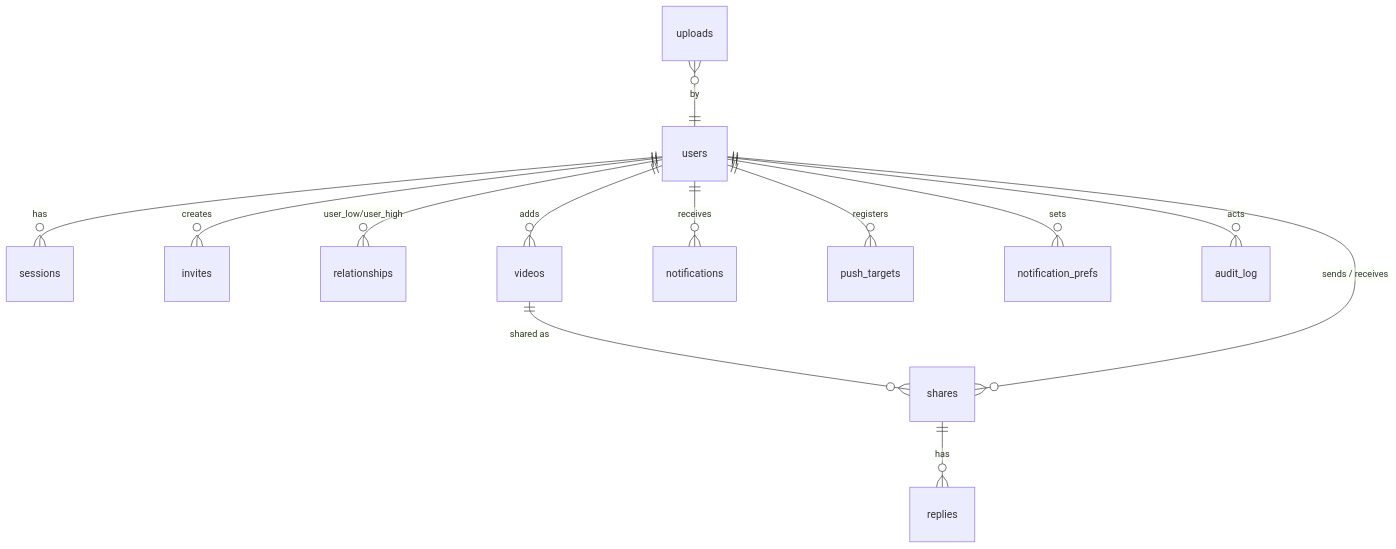
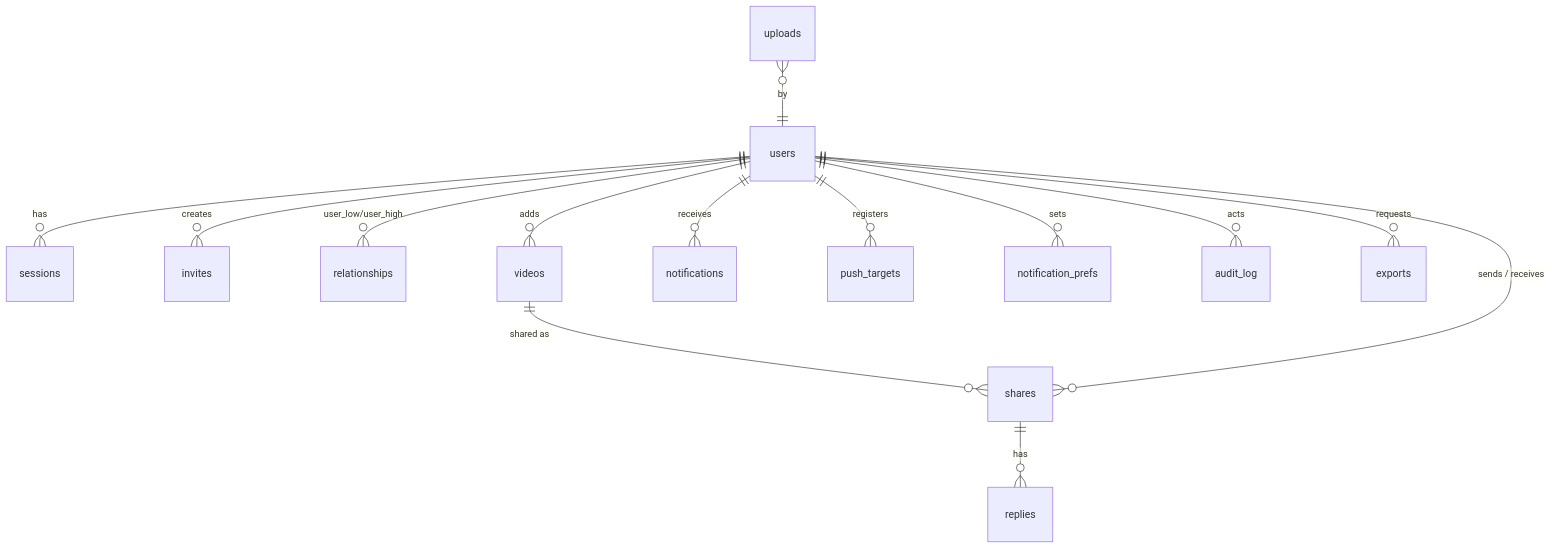
Before and after one commit to VidFriends/vidfriends: the diagram in docs/design/LLD.md, drawn with Mermaid. The commit also changed other lines of this file and 29 other files, not shown here.

````diff
--- a/docs/design/LLD.md
+++ b/docs/design/LLD.md
@@ -17,15 +17,16 @@
 ```mermaid
 erDiagram
   users ||--o{ sessions : has
   users ||--o{ invites : creates
   users ||--o{ relationships : "user_low/user_high"
   users ||--o{ videos : adds
   videos ||--o{ shares : "shared as"
   users ||--o{ shares : "sends / receives"
   shares ||--o{ replies : has
   users ||--o{ notifications : receives
   users ||--o{ push_targets : registers
   users ||--o{ notification_prefs : sets
   users ||--o{ audit_log : acts
+  users ||--o{ exports : requests
   uploads }o--|| users : by
 ```
````
